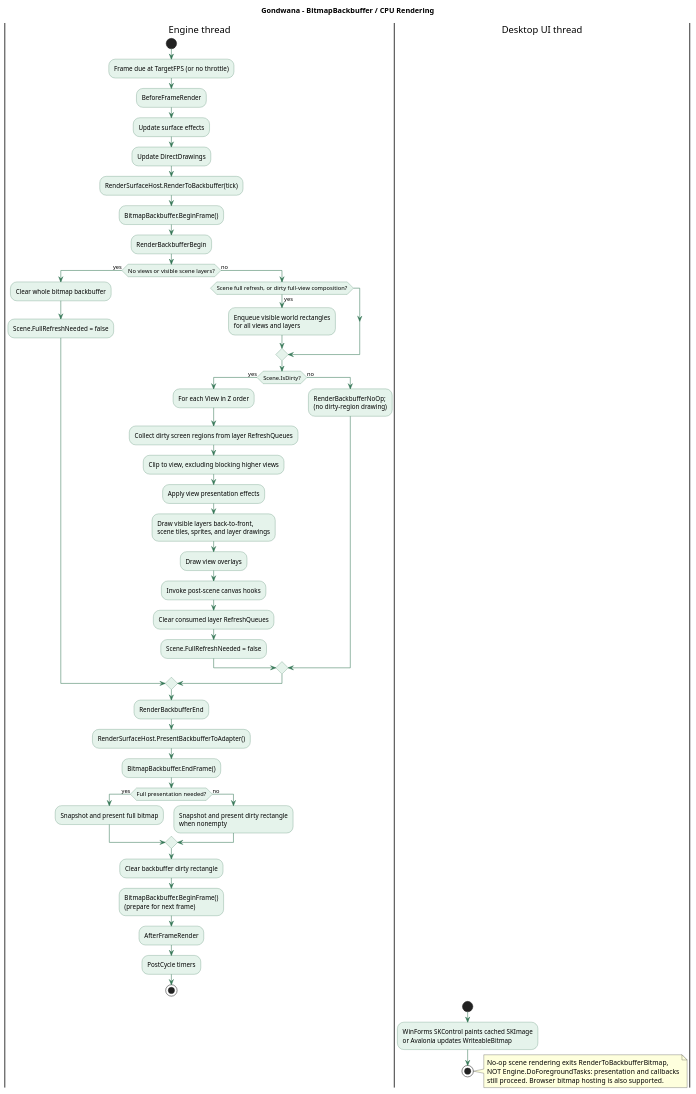
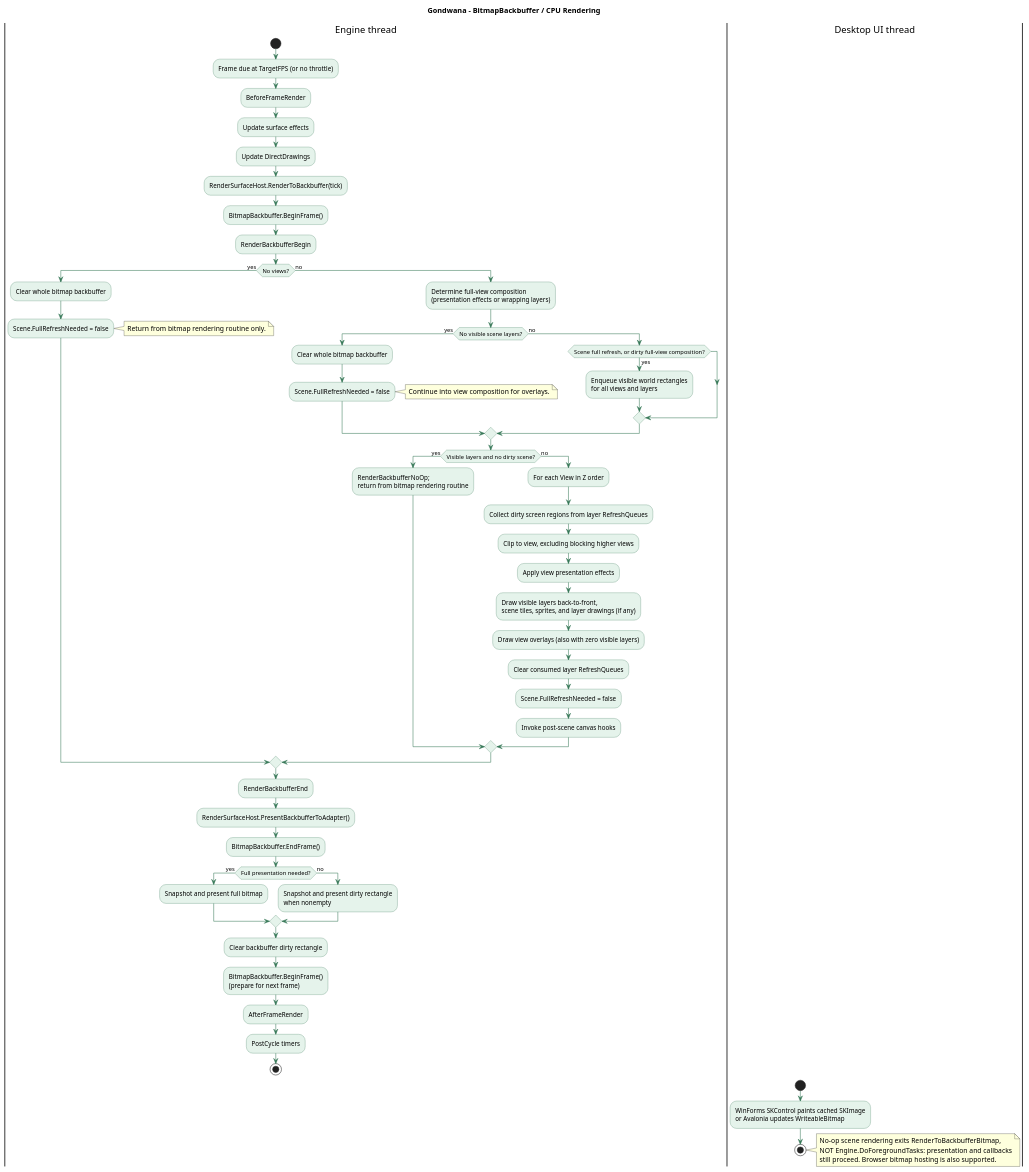
One commit to Isthimius/Gondwana changed the diagram in Solution Items/documentation/rendering-pipeline-flowchart-bitmap-backbuffer.puml. Above: the diagram before and after it, drawn with PlantUML. The commit also changed 5 other files, not shown here.

Commit message:
docs: address Copilot feedback on PlantUML ownership and frame flow

```diff
--- a/Solution Items/documentation/rendering-pipeline-flowchart-bitmap-backbuffer.puml
+++ b/Solution Items/documentation/rendering-pipeline-flowchart-bitmap-backbuffer.puml
@@ -1,67 +1,75 @@
 @startuml rendering-pipeline-flowchart-bitmap-backbuffer
 title Gondwana - BitmapBackbuffer / CPU Rendering
 ' This diagram expands the bitmap steps inside Engine.DoForegroundTasks.
 skinparam shadowing false
 skinparam activity {
   BackgroundColor #E5F3EB
   BorderColor #377858
   ArrowColor #377858
 }
 
 |Engine thread|
 start
 :Frame due at TargetFPS (or no throttle);
 :BeforeFrameRender;
 :Update surface effects;
 :Update DirectDrawings;
 :RenderSurfaceHost.RenderToBackbuffer(tick);
 :BitmapBackbuffer.BeginFrame();
 :RenderBackbufferBegin;
 
-if (No views or visible scene layers?) then (yes)
+if (No views?) then (yes)
   :Clear whole bitmap backbuffer;
   :Scene.FullRefreshNeeded = false;
+  note right: Return from bitmap rendering routine only.
 else (no)
-  if (Scene full refresh, or dirty full-view composition?) then (yes)
-    :Enqueue visible world rectangles\nfor all views and layers;
+  :Determine full-view composition\n(presentation effects or wrapping layers);
+  if (No visible scene layers?) then (yes)
+    :Clear whole bitmap backbuffer;
+    :Scene.FullRefreshNeeded = false;
+    note right: Continue into view composition for overlays.
+  else (no)
+    if (Scene full refresh, or dirty full-view composition?) then (yes)
+      :Enqueue visible world rectangles\nfor all views and layers;
+    endif
   endif
-  if (Scene.IsDirty?) then (yes)
+  if (Visible layers and no dirty scene?) then (yes)
+    :RenderBackbufferNoOp;\nreturn from bitmap rendering routine;
+  else (no)
     :For each View in Z order;
     :Collect dirty screen regions from layer RefreshQueues;
     :Clip to view, excluding blocking higher views;
     :Apply view presentation effects;
-    :Draw visible layers back-to-front,\nscene tiles, sprites, and layer drawings;
-    :Draw view overlays;
-    :Invoke post-scene canvas hooks;
+    :Draw visible layers back-to-front,\nscene tiles, sprites, and layer drawings (if any);
+    :Draw view overlays (also with zero visible layers);
     :Clear consumed layer RefreshQueues;
     :Scene.FullRefreshNeeded = false;
-  else (no)
-    :RenderBackbufferNoOp;\n(no dirty-region drawing);
+    :Invoke post-scene canvas hooks;
   endif
 endif
 
 :RenderBackbufferEnd;
 :RenderSurfaceHost.PresentBackbufferToAdapter();
 :BitmapBackbuffer.EndFrame();
 if (Full presentation needed?) then (yes)
   :Snapshot and present full bitmap;
 else (no)
   :Snapshot and present dirty rectangle\nwhen nonempty;
 endif
 :Clear backbuffer dirty rectangle;
 :BitmapBackbuffer.BeginFrame()\n(prepare for next frame);
 :AfterFrameRender;
 :PostCycle timers;
 stop
 
 |Desktop UI thread|
 start
 :WinForms SKControl paints cached SKImage\nor Avalonia updates WriteableBitmap;
 stop
 
 note right
   No-op scene rendering exits RenderToBackbufferBitmap,
   NOT Engine.DoForegroundTasks: presentation and callbacks
   still proceed. Browser bitmap hosting is also supported.
 end note
 @enduml
```
